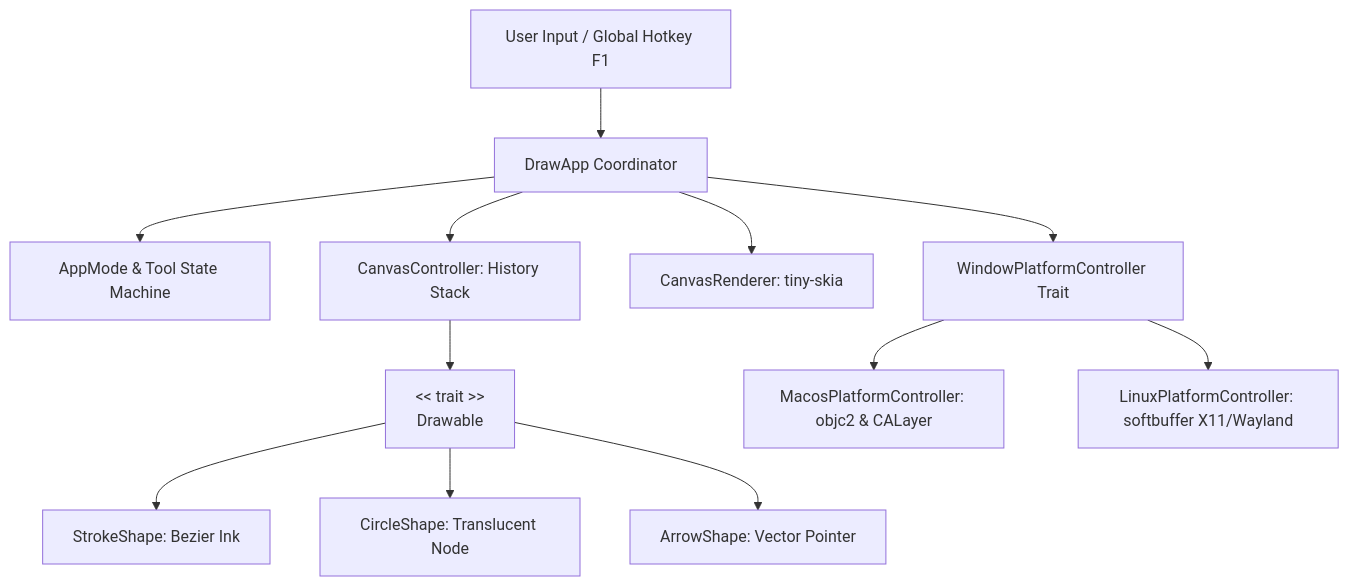
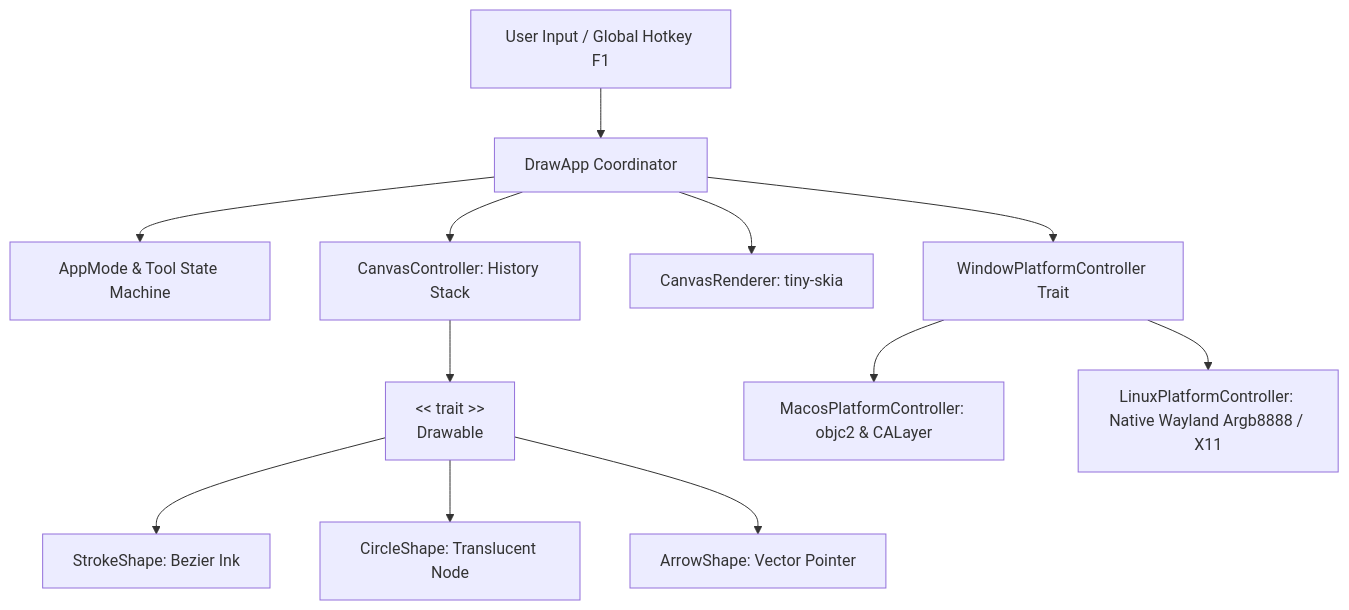
Before and after one commit to adrian-lin-1-0-0/draw-rs: the diagram in README.md, drawn with Mermaid. The commit also changed other lines of this file and 4 other files, not shown here.

First line of the commit message:
fix(linux): implement native Wayland ARGB8888 SHM transparent presentation

````diff
--- a/README.md
+++ b/README.md
@@ -219,14 +219,14 @@
 ```mermaid
 graph TD
     UserEvent[User Input / Global Hotkey F1] --> App[DrawApp Coordinator]
     App --> StateMachine[AppMode & Tool State Machine]
     App --> Controller[CanvasController: History Stack]
     Controller --> Trait[<< trait >>\nDrawable]
     Trait --> Stroke[StrokeShape: Bezier Ink]
     Trait --> Circle[CircleShape: Translucent Node]
     Trait --> Arrow[ArrowShape: Vector Pointer]
     App --> Renderer[CanvasRenderer: tiny-skia]
     App --> Platform[WindowPlatformController Trait]
     Platform --> MacosPlatform[MacosPlatformController: objc2 & CALayer]
-    Platform --> LinuxPlatform[LinuxPlatformController: softbuffer X11/Wayland]
+    Platform --> LinuxPlatform[LinuxPlatformController: Native Wayland Argb8888 / X11]
 ```
````
